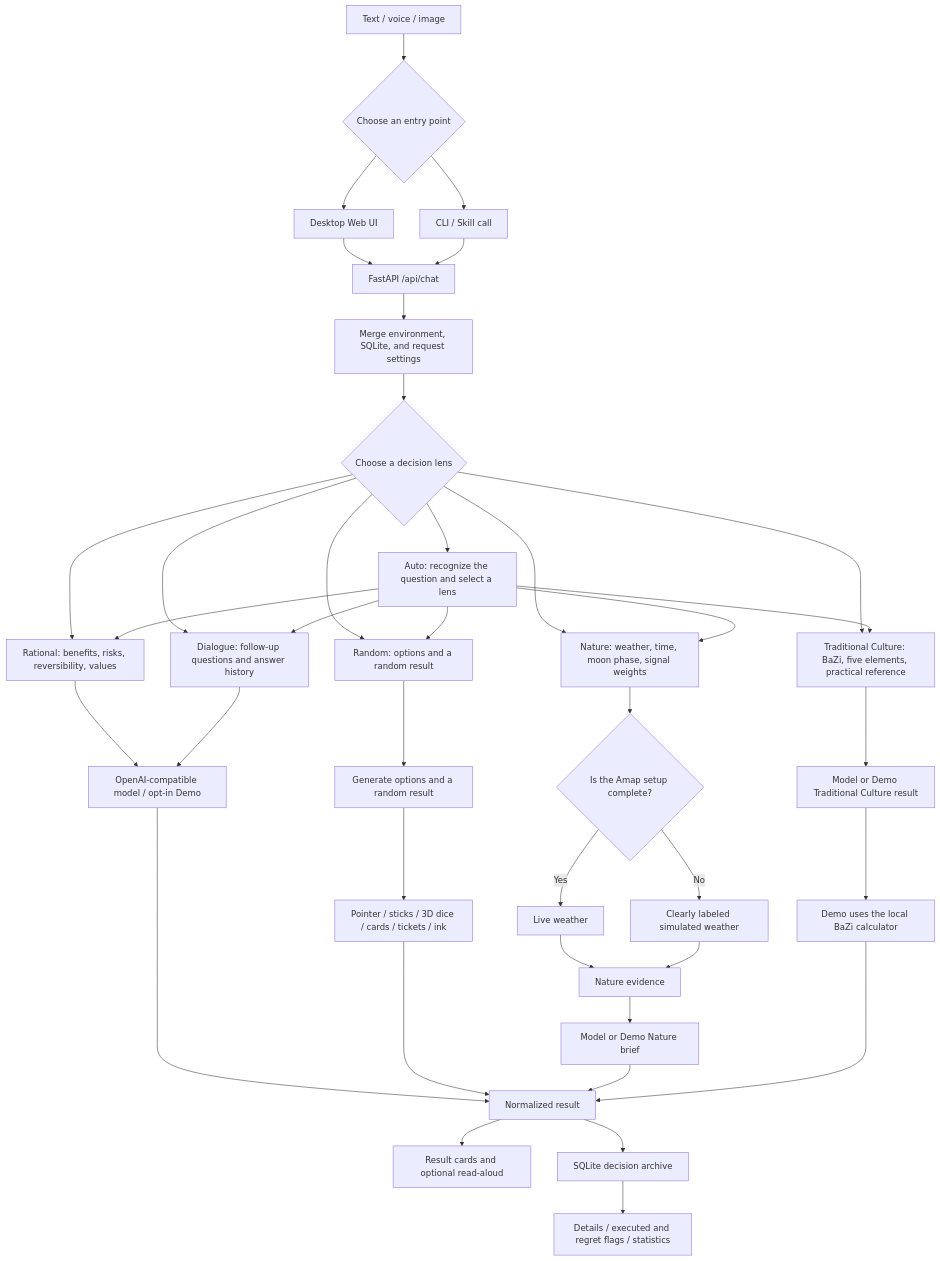
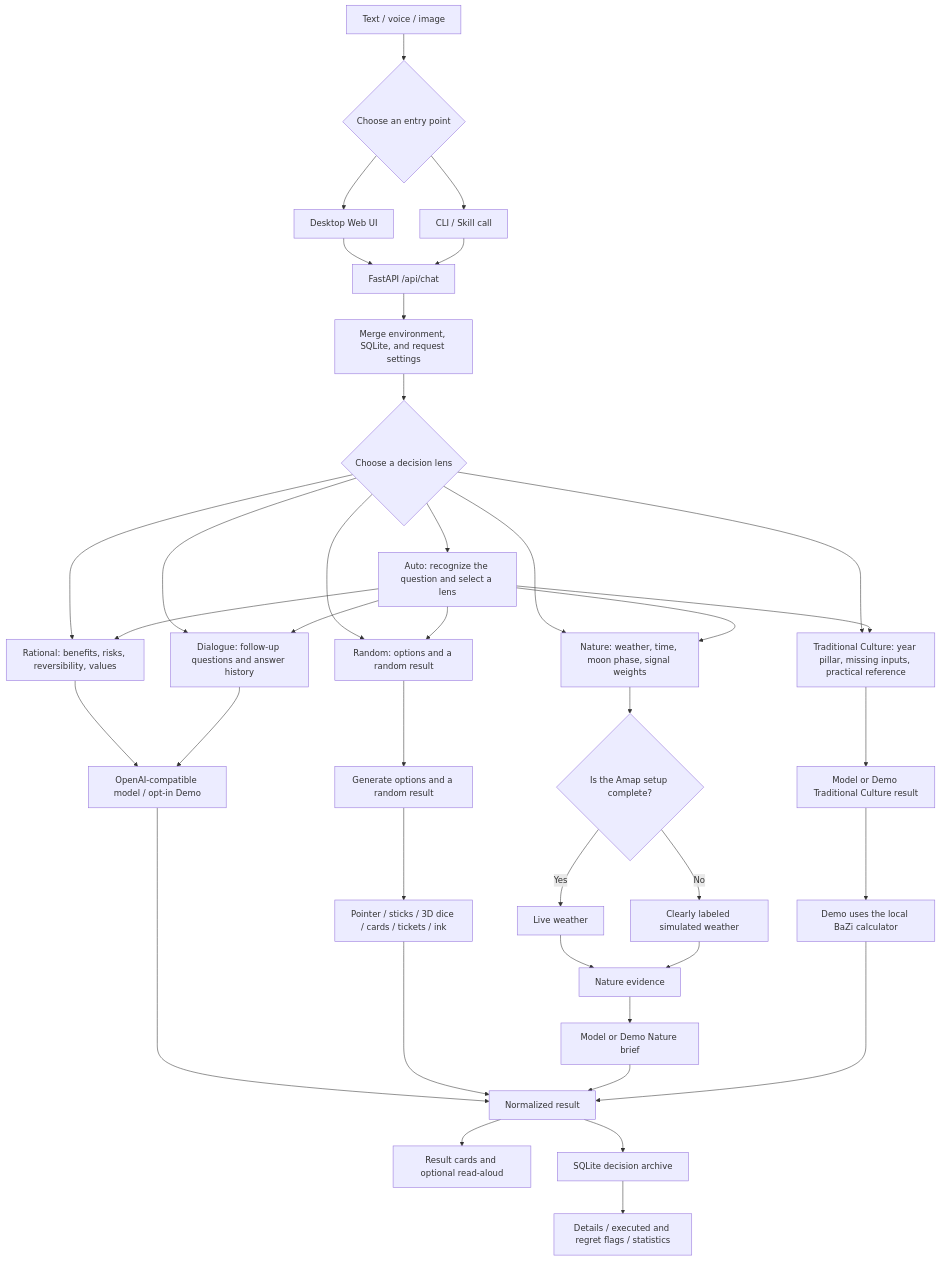
The diagram in README.en.md (mianbaofang/decision-journal), drawn with Mermaid before and after one commit. The commit also changed other lines of this file and 128 other files, not shown here.

````diff
--- a/README.en.md
+++ b/README.en.md
@@ -95,40 +135,40 @@
 ```mermaid
 flowchart TD
     INPUT["Text / voice / image"] --> ENTRY{"Choose an entry point"}
     ENTRY --> WEB["Desktop Web UI"]
     ENTRY --> CLI["CLI / Skill call"]
     WEB --> CHAT["FastAPI /api/chat"]
     CLI --> CHAT
     CHAT --> CONFIG["Merge environment, SQLite, and request settings"]
     CONFIG --> ROUTER{"Choose a decision lens"}
     ROUTER --> AUTO["Auto: recognize the question and select a lens"]
     ROUTER --> RATIONAL["Rational: benefits, risks, reversibility, values"]
     ROUTER --> RANDOM["Random: options and a random result"]
     ROUTER --> NATURE["Nature: weather, time, moon phase, signal weights"]
     ROUTER --> DIALOGUE["Dialogue: follow-up questions and answer history"]
-    ROUTER --> CULTURE["Traditional Culture: BaZi, five elements, practical reference"]
+    ROUTER --> CULTURE["Traditional Culture: year pillar, missing inputs, practical reference"]
     AUTO --> RATIONAL
     AUTO --> RANDOM
     AUTO --> NATURE
     AUTO --> DIALOGUE
     AUTO --> CULTURE
     RATIONAL --> GENERATOR["OpenAI-compatible model / opt-in Demo"]
     DIALOGUE --> GENERATOR
     RANDOM --> OPTIONS["Generate options and a random result"]
     OPTIONS --> EFFECTS["Pointer / sticks / 3D dice / cards / tickets / ink"]
     NATURE --> WEATHER{"Is the Amap setup complete?"}
     WEATHER -->|"Yes"| AMAP["Live weather"]
     WEATHER -->|"No"| MOCK["Clearly labeled simulated weather"]
     AMAP --> NATURE_EVIDENCE["Nature evidence"]
     MOCK --> NATURE_EVIDENCE
     NATURE_EVIDENCE --> NATURE_RESULT["Model or Demo Nature brief"]
     CULTURE --> CULTURE_RESULT["Model or Demo Traditional Culture result"]
     CULTURE_RESULT --> BAZI["Demo uses the local BaZi calculator"]
     GENERATOR --> RESULT["Normalized result"]
     EFFECTS --> RESULT
     NATURE_RESULT --> RESULT
     BAZI --> RESULT
     RESULT --> UI["Result cards and optional read-aloud"]
     RESULT --> DB["SQLite decision archive"]
     DB --> ARCHIVE["Details / executed and regret flags / statistics"]
 ```
````
